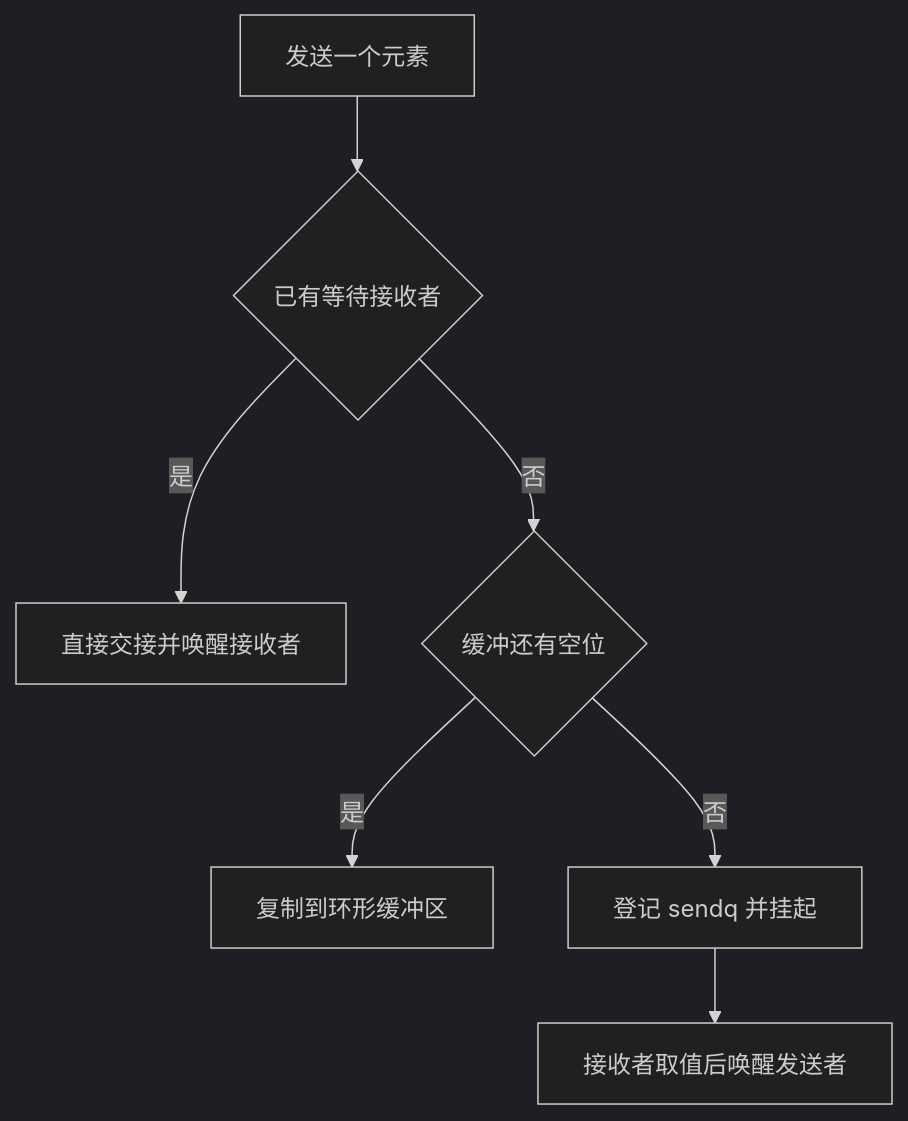
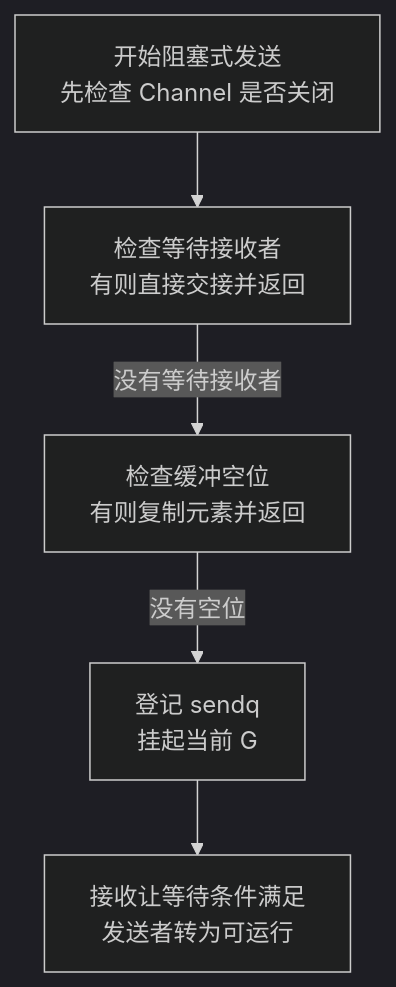
The diagram in docs/development/go/04-concurrency/03-Channel缓冲关闭与Select.md (newswitch/newswitch.github.io), drawn with Mermaid (dark theme) before and after one commit. The commit also changed other lines of this file and 23 other files, not shown here.

Commit message:
docs(go-gin): add concept diagrams and improve mobile readability

````diff
--- a/docs/development/go/04-concurrency/03-Channel缓冲关闭与Select.md
+++ b/docs/development/go/04-concurrency/03-Channel缓冲关闭与Select.md
@@ -37,9 +37,7 @@
 ```mermaid
 flowchart TD
-    A["发送一个元素"] --> B{"已有等待接收者"}
-    B -->|是| C["直接交接并唤醒接收者"]
-    B -->|否| D{"缓冲还有空位"}
-    D -->|是| E["复制到环形缓冲区"]
-    D -->|否| F["登记 sendq 并挂起"]
-    F --> G["接收者取值后唤醒发送者"]
+    A["开始阻塞式发送<br/>先检查 Channel 是否关闭"] --> B["检查等待接收者<br/>有则直接交接并返回"]
+    B -->|没有等待接收者| D["检查缓冲空位<br/>有则复制元素并返回"]
+    D -->|没有空位| F["登记 sendq<br/>挂起当前 G"]
+    F --> G["接收让等待条件满足<br/>发送者转为可运行"]
 ```
````
